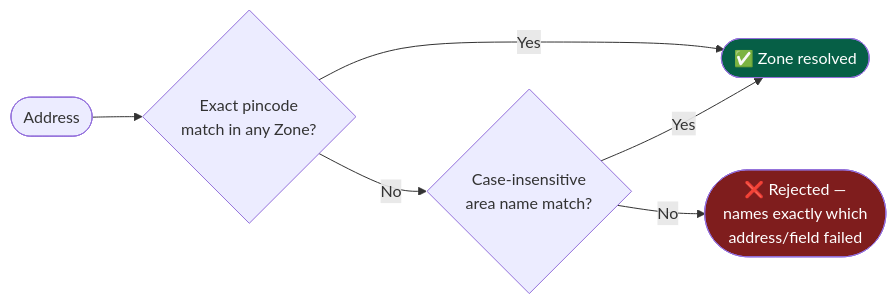
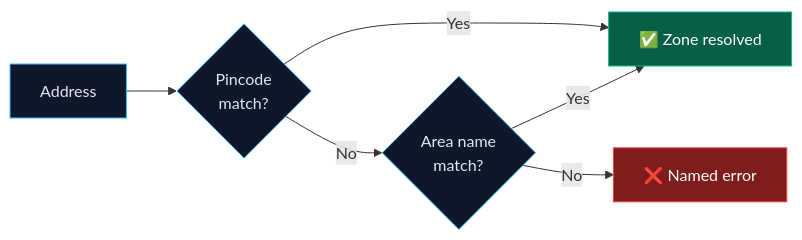
The second of 4 diagrams in SYSTEM_DESIGN.md (mittalsaks/LastMile_Delivery_Tracker), drawn with Mermaid before and after one commit. The commit also changed other lines of this file, not shown here.

````diff
--- a/SYSTEM_DESIGN.md
+++ b/SYSTEM_DESIGN.md
@@ -61,11 +56,12 @@
 ```mermaid
 flowchart LR
-    A(["Address"]) --> B{"Exact pincode<br/>match in any Zone?"}
-    B -- "Yes" --> Z(["✅ Zone resolved"])
-    B -- "No" --> C{"Case-insensitive<br/>area name match?"}
-    C -- "Yes" --> Z
-    C -- "No" --> D(["❌ Rejected —<br/>names exactly which<br/>address/field failed"])
+    classDef s fill:#0f172a,stroke:#38bdf8,color:#e2e8f0
+    classDef ok fill:#065f46,stroke:#10b981,color:#fff
+    classDef no fill:#7f1d1d,stroke:#ef4444,color:#fff
 
-    style Z fill:#065f46,color:#fff
-    style D fill:#7f1d1d,color:#fff
+    A["Address"]:::s --> B{"Pincode<br/>match?"}:::s
+    B -- Yes --> Z["✅ Zone resolved"]:::ok
+    B -- No --> C{"Area name<br/>match?"}:::s
+    C -- Yes --> Z
+    C -- No --> D["❌ Named error"]:::no
 ```
````
